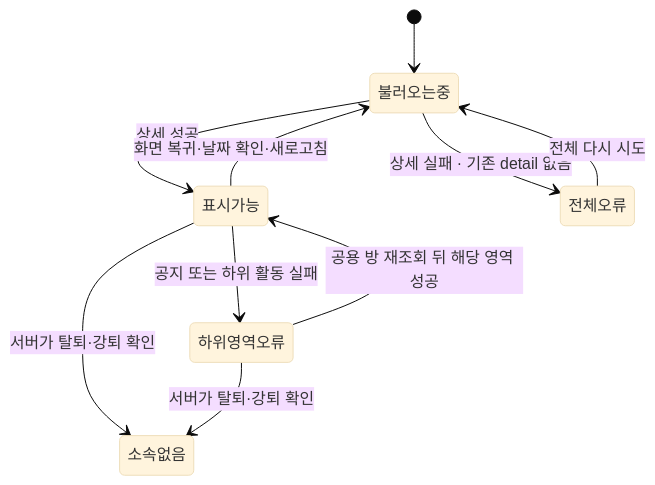
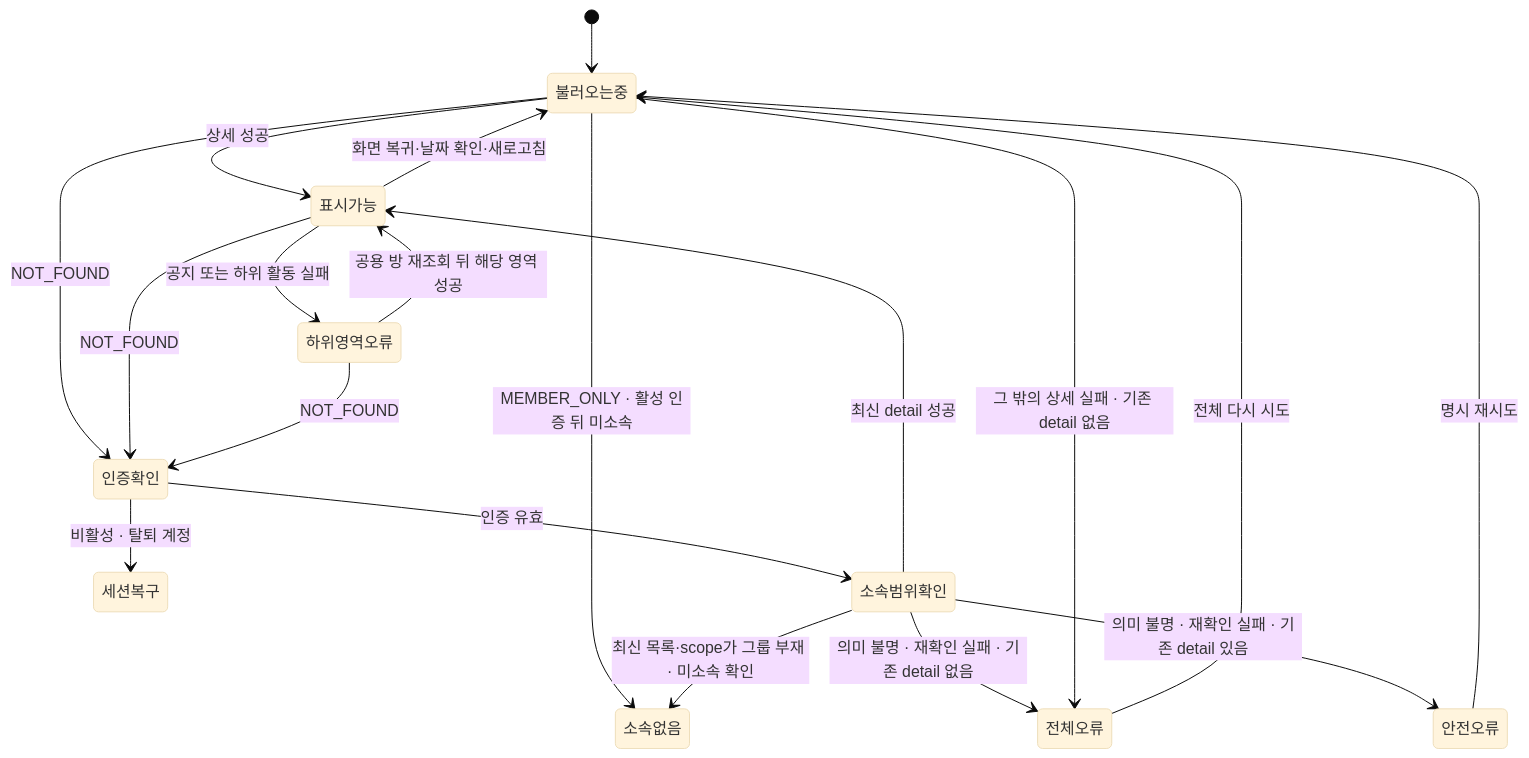
The first of 4 diagrams in docs/prd/group/features/03-activity/low-level-design.md (OneOrThree/phone), drawn with Mermaid (base theme) before and after one commit. The commit also changed other lines of this file and 12 other files, not shown here.

````diff
--- a/docs/prd/group/features/03-activity/low-level-design.md
+++ b/docs/prd/group/features/03-activity/low-level-design.md
@@ -13,12 +13,21 @@
 ```mermaid
 stateDiagram-v2
     [*] --> 불러오는중
     불러오는중 --> 표시가능: 상세 성공
-    불러오는중 --> 전체오류: 상세 실패 · 기존 detail 없음
+    불러오는중 --> 소속없음: MEMBER_ONLY · 활성 인증 뒤 미소속
+    불러오는중 --> 인증확인: NOT_FOUND
+    인증확인 --> 세션복구: 비활성 · 탈퇴 계정
+    인증확인 --> 소속범위확인: 인증 유효
+    소속범위확인 --> 소속없음: 최신 목록·scope가 그룹 부재 · 미소속 확인
+    소속범위확인 --> 표시가능: 최신 detail 성공
+    소속범위확인 --> 전체오류: 의미 불명 · 재확인 실패 · 기존 detail 없음
+    소속범위확인 --> 안전오류: 의미 불명 · 재확인 실패 · 기존 detail 있음
+    안전오류 --> 불러오는중: 명시 재시도
+    불러오는중 --> 전체오류: 그 밖의 상세 실패 · 기존 detail 없음
     전체오류 --> 불러오는중: 전체 다시 시도
     표시가능 --> 하위영역오류: 공지 또는 하위 활동 실패
     하위영역오류 --> 표시가능: 공용 방 재조회 뒤 해당 영역 성공
     표시가능 --> 불러오는중: 화면 복귀·날짜 확인·새로고침
-    표시가능 --> 소속없음: 서버가 탈퇴·강퇴 확인
-    하위영역오류 --> 소속없음: 서버가 탈퇴·강퇴 확인
+    표시가능 --> 인증확인: NOT_FOUND
+    하위영역오류 --> 인증확인: NOT_FOUND
 ```
````
